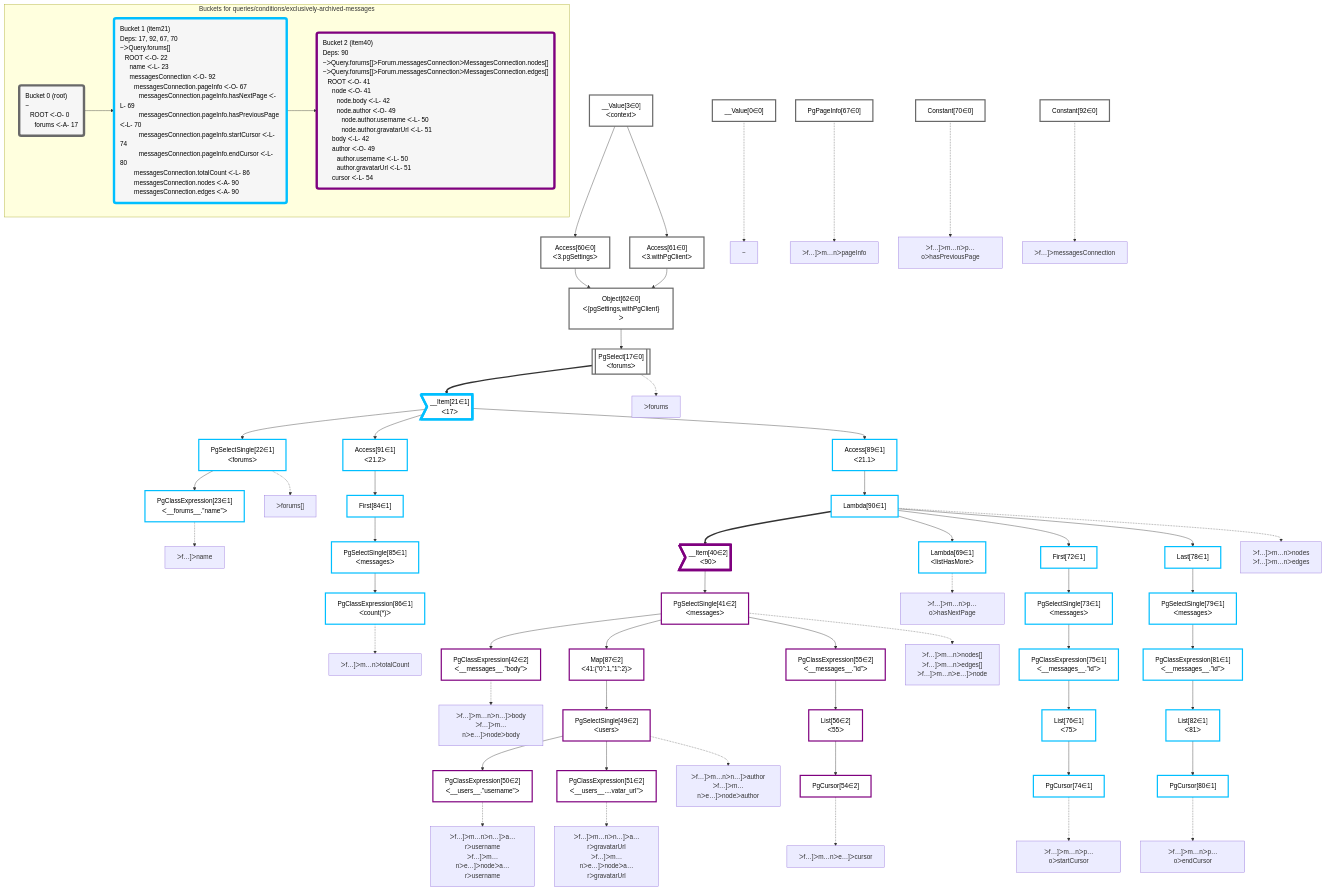
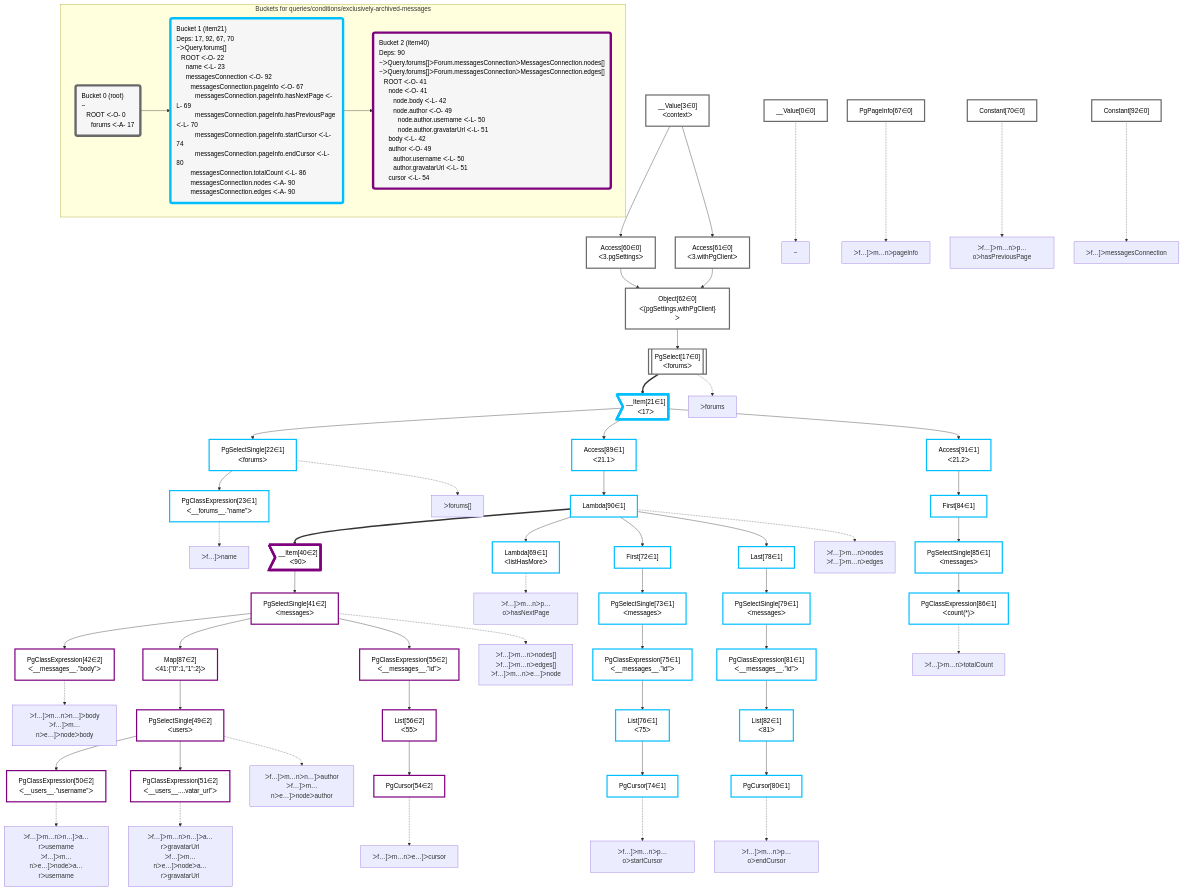
One commit to graphile/crystal changed the diagram in packages/dataplan-pg/__tests__/queries/conditions/exclusively-archived-messages.mermaid.md. Above: the diagram before and after it, drawn with Mermaid. The commit also changed other lines of this file and 195 other files, not shown here.

Commit message:
Reorder graphs

```diff
--- a/packages/dataplan-pg/__tests__/queries/conditions/exclusively-archived-messages.mermaid.md
+++ b/packages/dataplan-pg/__tests__/queries/conditions/exclusively-archived-messages.mermaid.md
@@ -9,80 +9,80 @@
 
     %% define plans
     __Value0["__Value[0∈0]"]:::plan
+    __Value3["__Value[3∈0]<br />ᐸcontextᐳ"]:::plan
+    Access60["Access[60∈0]<br />ᐸ3.pgSettingsᐳ"]:::plan
+    Access61["Access[61∈0]<br />ᐸ3.withPgClientᐳ"]:::plan
+    Object62["Object[62∈0]<br />ᐸ{pgSettings,withPgClient}ᐳ"]:::plan
+    PgSelect17[["PgSelect[17∈0]<br />ᐸforumsᐳ"]]:::plan
+    __Item21>"__Item[21∈1]<br />ᐸ17ᐳ"]:::itemplan
+    PgSelectSingle22["PgSelectSingle[22∈1]<br />ᐸforumsᐳ"]:::plan
     PgClassExpression23["PgClassExpression[23∈1]<br />ᐸ__forums__.”name”ᐳ"]:::plan
-    PgSelectSingle22["PgSelectSingle[22∈1]<br />ᐸforumsᐳ"]:::plan
-    PgClassExpression86["PgClassExpression[86∈1]<br />ᐸcount(*)ᐳ"]:::plan
-    PgSelectSingle85["PgSelectSingle[85∈1]<br />ᐸmessagesᐳ"]:::plan
-    First84["First[84∈1]"]:::plan
-    Access91["Access[91∈1]<br />ᐸ21.2ᐳ"]:::plan
+    Constant92["Constant[92∈0]"]:::plan
+    Access89["Access[89∈1]<br />ᐸ21.1ᐳ"]:::plan
+    Lambda90["Lambda[90∈1]"]:::plan
+    __Item40>"__Item[40∈2]<br />ᐸ90ᐳ"]:::itemplan
+    PgSelectSingle41["PgSelectSingle[41∈2]<br />ᐸmessagesᐳ"]:::plan
     PgClassExpression42["PgClassExpression[42∈2]<br />ᐸ__messages__.”body”ᐳ"]:::plan
+    Map87["Map[87∈2]<br />ᐸ41:{”0”:1,”1”:2}ᐳ"]:::plan
+    PgSelectSingle49["PgSelectSingle[49∈2]<br />ᐸusersᐳ"]:::plan
     PgClassExpression50["PgClassExpression[50∈2]<br />ᐸ__users__.”username”ᐳ"]:::plan
     PgClassExpression51["PgClassExpression[51∈2]<br />ᐸ__users__....vatar_url”ᐳ"]:::plan
-    PgSelectSingle49["PgSelectSingle[49∈2]<br />ᐸusersᐳ"]:::plan
-    Map87["Map[87∈2]<br />ᐸ41:{”0”:1,”1”:2}ᐳ"]:::plan
+    PgClassExpression55["PgClassExpression[55∈2]<br />ᐸ__messages__.”id”ᐳ"]:::plan
+    List56["List[56∈2]<br />ᐸ55ᐳ"]:::plan
     PgCursor54["PgCursor[54∈2]"]:::plan
-    List56["List[56∈2]<br />ᐸ55ᐳ"]:::plan
-    PgClassExpression55["PgClassExpression[55∈2]<br />ᐸ__messages__.”id”ᐳ"]:::plan
-    PgSelectSingle41["PgSelectSingle[41∈2]<br />ᐸmessagesᐳ"]:::plan
-    __Item40>"__Item[40∈2]<br />ᐸ90ᐳ"]:::itemplan
+    PgPageInfo67["PgPageInfo[67∈0]"]:::plan
     Lambda69["Lambda[69∈1]<br />ᐸlistHasMoreᐳ"]:::plan
+    Constant70["Constant[70∈0]"]:::plan
+    First72["First[72∈1]"]:::plan
+    PgSelectSingle73["PgSelectSingle[73∈1]<br />ᐸmessagesᐳ"]:::plan
+    PgClassExpression75["PgClassExpression[75∈1]<br />ᐸ__messages__.”id”ᐳ"]:::plan
+    List76["List[76∈1]<br />ᐸ75ᐳ"]:::plan
     PgCursor74["PgCursor[74∈1]"]:::plan
-    List76["List[76∈1]<br />ᐸ75ᐳ"]:::plan
-    PgClassExpression75["PgClassExpression[75∈1]<br />ᐸ__messages__.”id”ᐳ"]:::plan
-    PgSelectSingle73["PgSelectSingle[73∈1]<br />ᐸmessagesᐳ"]:::plan
-    First72["First[72∈1]"]:::plan
+    Last78["Last[78∈1]"]:::plan
+    PgSelectSingle79["PgSelectSingle[79∈1]<br />ᐸmessagesᐳ"]:::plan
+    PgClassExpression81["PgClassExpression[81∈1]<br />ᐸ__messages__.”id”ᐳ"]:::plan
+    List82["List[82∈1]<br />ᐸ81ᐳ"]:::plan
     PgCursor80["PgCursor[80∈1]"]:::plan
-    List82["List[82∈1]<br />ᐸ81ᐳ"]:::plan
-    PgClassExpression81["PgClassExpression[81∈1]<br />ᐸ__messages__.”id”ᐳ"]:::plan
-    PgSelectSingle79["PgSelectSingle[79∈1]<br />ᐸmessagesᐳ"]:::plan
-    Last78["Last[78∈1]"]:::plan
-    Lambda90["Lambda[90∈1]"]:::plan
-    Access89["Access[89∈1]<br />ᐸ21.1ᐳ"]:::plan
-    __Item21>"__Item[21∈1]<br />ᐸ17ᐳ"]:::itemplan
-    PgSelect17[["PgSelect[17∈0]<br />ᐸforumsᐳ"]]:::plan
-    Object62["Object[62∈0]<br />ᐸ{pgSettings,withPgClient}ᐳ"]:::plan
-    Access60["Access[60∈0]<br />ᐸ3.pgSettingsᐳ"]:::plan
-    Access61["Access[61∈0]<br />ᐸ3.withPgClientᐳ"]:::plan
-    __Value3["__Value[3∈0]<br />ᐸcontextᐳ"]:::plan
-    Constant92["Constant[92∈0]"]:::plan
-    PgPageInfo67["PgPageInfo[67∈0]"]:::plan
-    Constant70["Constant[70∈0]"]:::plan
+    Access91["Access[91∈1]<br />ᐸ21.2ᐳ"]:::plan
+    First84["First[84∈1]"]:::plan
+    PgSelectSingle85["PgSelectSingle[85∈1]<br />ᐸmessagesᐳ"]:::plan
+    PgClassExpression86["PgClassExpression[86∈1]<br />ᐸcount(*)ᐳ"]:::plan
 
     %% plan dependencies
+    __Value3 --> Access60
+    __Value3 --> Access61
+    Access60 & Access61 --> Object62
+    Object62 --> PgSelect17
+    PgSelect17 ==> __Item21
+    __Item21 --> PgSelectSingle22
     PgSelectSingle22 --> PgClassExpression23
-    __Item21 --> PgSelectSingle22
-    PgSelectSingle85 --> PgClassExpression86
-    First84 --> PgSelectSingle85
-    Access91 --> First84
-    __Item21 --> Access91
+    __Item21 --> Access89
+    Access89 --> Lambda90
+    Lambda90 ==> __Item40
+    __Item40 --> PgSelectSingle41
     PgSelectSingle41 --> PgClassExpression42
+    PgSelectSingle41 --> Map87
+    Map87 --> PgSelectSingle49
     PgSelectSingle49 --> PgClassExpression50
     PgSelectSingle49 --> PgClassExpression51
-    Map87 --> PgSelectSingle49
-    PgSelectSingle41 --> Map87
+    PgSelectSingle41 --> PgClassExpression55
+    PgClassExpression55 --> List56
     List56 --> PgCursor54
-    PgClassExpression55 --> List56
-    PgSelectSingle41 --> PgClassExpression55
-    __Item40 --> PgSelectSingle41
-    Lambda90 ==> __Item40
     Lambda90 --> Lambda69
+    Lambda90 --> First72
+    First72 --> PgSelectSingle73
+    PgSelectSingle73 --> PgClassExpression75
+    PgClassExpression75 --> List76
     List76 --> PgCursor74
-    PgClassExpression75 --> List76
-    PgSelectSingle73 --> PgClassExpression75
-    First72 --> PgSelectSingle73
-    Lambda90 --> First72
+    Lambda90 --> Last78
+    Last78 --> PgSelectSingle79
+    PgSelectSingle79 --> PgClassExpression81
+    PgClassExpression81 --> List82
     List82 --> PgCursor80
-    PgClassExpression81 --> List82
-    PgSelectSingle79 --> PgClassExpression81
-    Last78 --> PgSelectSingle79
-    Lambda90 --> Last78
-    Access89 --> Lambda90
-    __Item21 --> Access89
-    PgSelect17 ==> __Item21
-    Object62 --> PgSelect17
-    Access60 & Access61 --> Object62
-    __Value3 --> Access60
-    __Value3 --> Access61
+    __Item21 --> Access91
+    Access91 --> First84
+    First84 --> PgSelectSingle85
+    PgSelectSingle85 --> PgClassExpression86
 
     %% plan-to-path relationships
     P0["~"]
```
